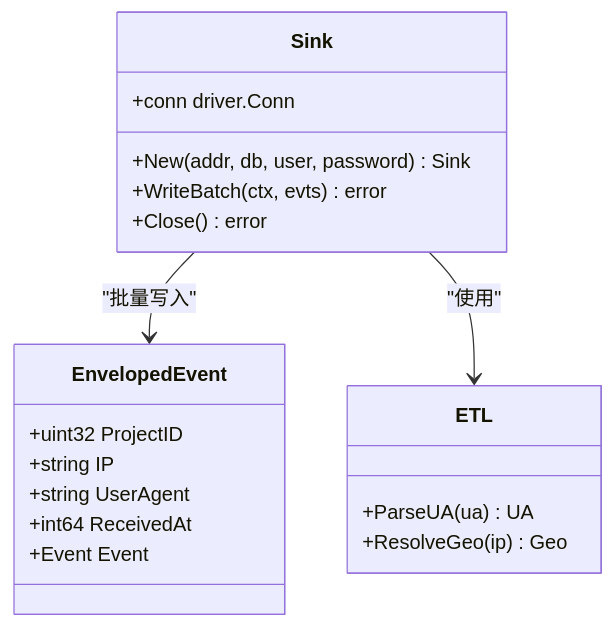
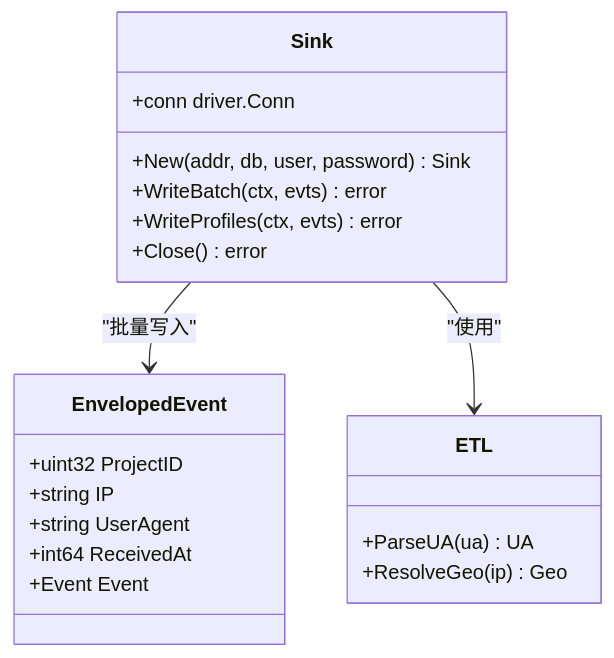
The sixth of 8 diagrams in .qoder/repowiki/zh/content/后端服务架构/Consumer服务.md (zhen-zhong/AeroLog), drawn with Mermaid before and after one commit. The commit also changed other lines of this file and 111 other files, not shown here.

````diff
--- a/.qoder/repowiki/zh/content/后端服务架构/Consumer服务.md
+++ b/.qoder/repowiki/zh/content/后端服务架构/Consumer服务.md
@@ -200,22 +276,23 @@
 ```mermaid
 classDiagram
 class Sink {
 +conn driver.Conn
 +New(addr, db, user, password) Sink
 +WriteBatch(ctx, evts) error
++WriteProfiles(ctx, evts) error
 +Close() error
 }
 class EnvelopedEvent {
 +uint32 ProjectID
 +string IP
 +string UserAgent
 +int64 ReceivedAt
 +Event Event
 }
 class ETL {
 +ParseUA(ua) UA
 +ResolveGeo(ip) Geo
 }
 Sink --> EnvelopedEvent : "批量写入"
 Sink --> ETL : "使用"
 ```
````
